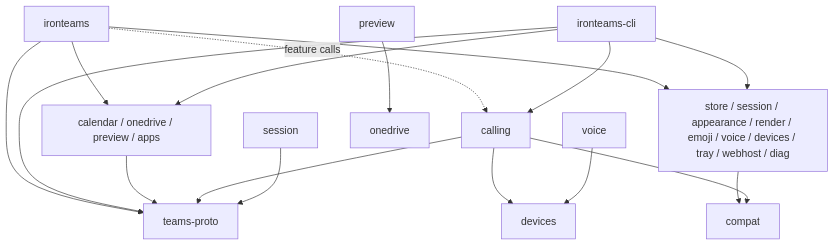
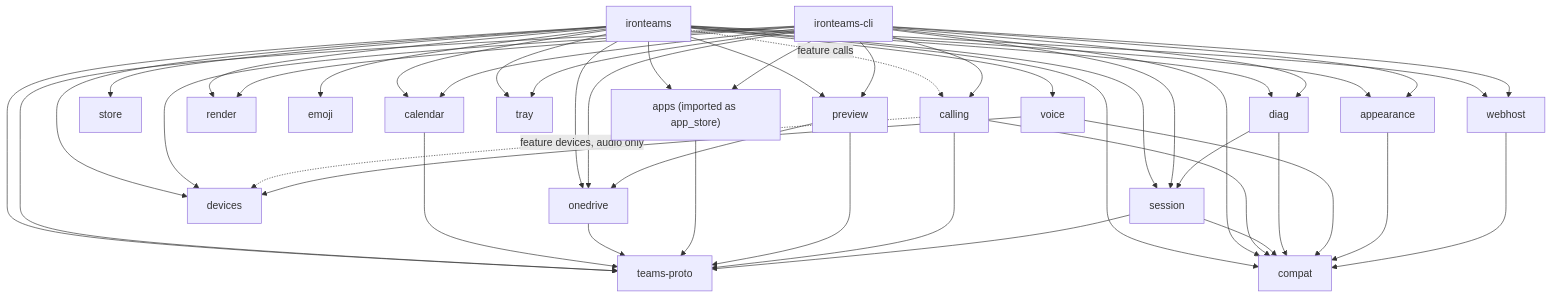
The diagram in crates/EGM.md (MohamedEslam04/teams-in-rust), drawn with Mermaid before and after one commit. The commit also changed other lines of this file and 41 other files, not shown here.

````diff
--- a/crates/EGM.md
+++ b/crates/EGM.md
@@ -11,19 +11,26 @@
 ```mermaid
 flowchart TD
-  app[ironteams] --> proto[teams-proto]
-  cli[ironteams-cli] --> proto
+  app[ironteams]
+  cli[ironteams-cli]
+  apps["apps (imported as app_store)"]
+  proto[teams-proto]
+  app --> proto & calendar & onedrive & preview & apps & store & session & appearance & render & emoji & voice & devices & tray & webhost & diag & compat
   app -. feature calls .-> calling
-  cli --> calling
-  app --> feat[calendar / onedrive / preview / apps]
-  cli --> feat
-  app --> local[store / session / appearance / render / emoji / voice / devices / tray / webhost / diag]
-  cli --> local
-  feat --> proto
+  cli --> proto & calendar & onedrive & preview & apps & session & appearance & render & devices & tray & webhost & diag & calling & compat
+  calendar --> proto
+  onedrive --> proto
+  apps --> proto
+  preview --> proto
+  preview --> onedrive
   calling --> proto
-  calling --> devices
+  calling --> compat
+  calling -. feature devices, audio only .-> devices
   session --> proto
-  preview --> onedrive
+  session --> compat
+  diag --> session
+  diag --> compat
   voice --> devices
-  local --> compat
-  calling --> compat
+  voice --> compat
+  appearance --> compat
+  webhost --> compat
 ```
````
